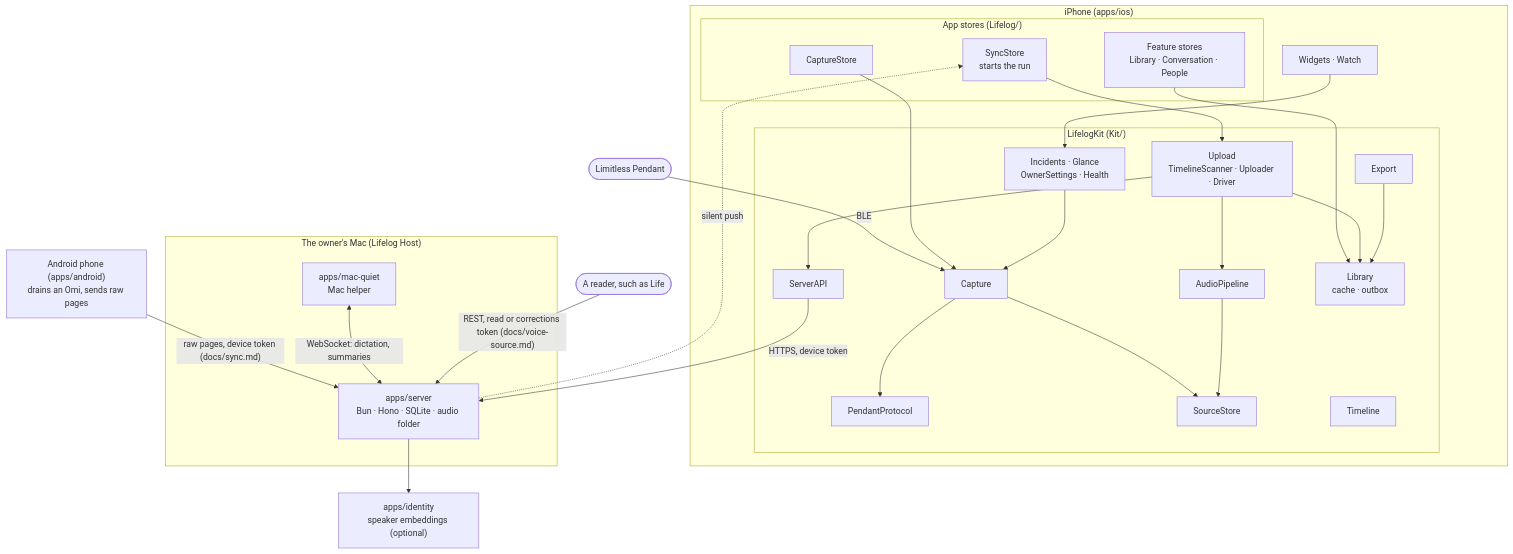
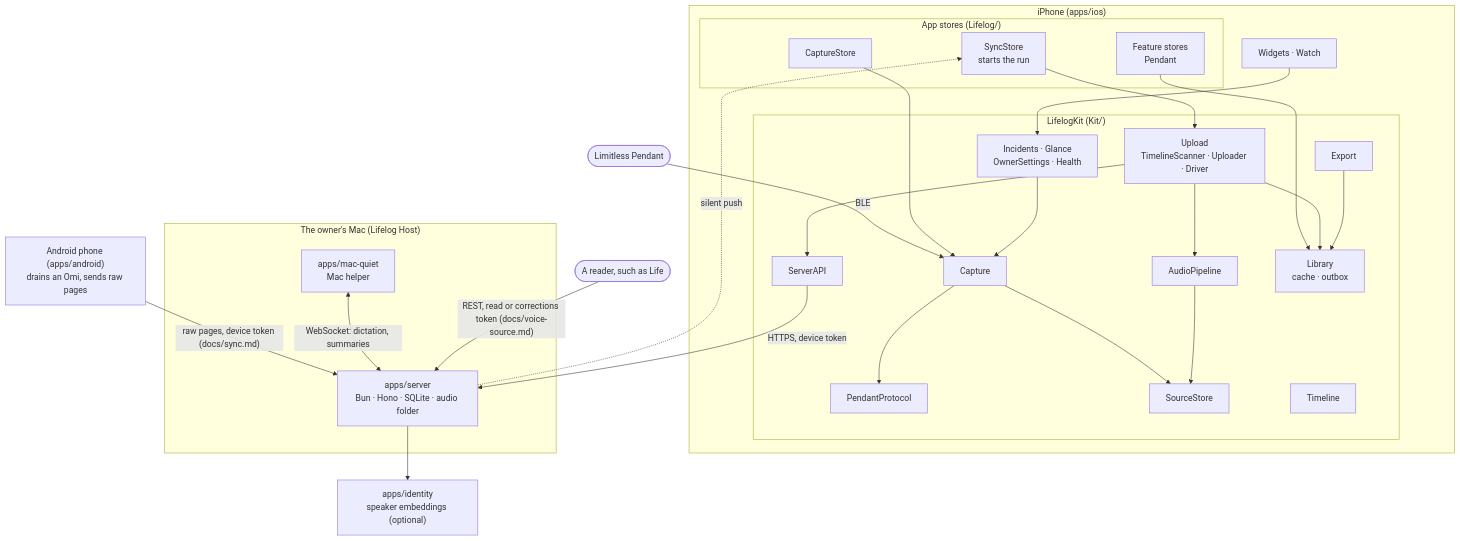
Before and after one commit to eric-edouard/life: the diagram in apps/lifelog/docs/architecture.md, drawn with Mermaid. The commit also changed other lines of this file and 91 other files, not shown here.

Commit message:
The cuts and the look: Life's brand on the phone, email and Mac; the pendant press, library, conversation, people, spending and subscription screens cut; one-tab shell

````diff
--- a/apps/lifelog/docs/architecture.md
+++ b/apps/lifelog/docs/architecture.md
@@ -8,53 +8,53 @@
 ```mermaid
 flowchart TB
   Pendant(["Limitless Pendant"])
 
   subgraph phone["iPhone (apps/ios)"]
     subgraph app["App stores (Lifelog/)"]
       CaptureStore
       SyncStore["SyncStore<br/>starts the run"]
-      Screens["Feature stores<br/>Library · Conversation · People"]
+      Screens["Feature stores<br/>Pendant"]
     end
     subgraph kit["LifelogKit (Kit/)"]
       Capture
       PendantProtocol
       SourceStore
       AudioPipeline
       Upload["Upload<br/>TimelineScanner · Uploader · Driver"]
       ServerAPI
       Library["Library<br/>cache · outbox"]
       Export
       Timeline
       Facts["Incidents · Glance<br/>OwnerSettings · Health"]
     end
     Glances["Widgets · Watch"]
   end
 
   subgraph host["The owner's Mac (Lifelog Host)"]
     Server["apps/server<br/>Bun · Hono · SQLite · audio folder"]
     Mac["apps/mac-quiet<br/>Mac helper"]
   end
   Identity["apps/identity<br/>speaker embeddings (optional)"]
   Android["Android phone (apps/android)<br/>drains an Omi, sends raw pages"]
   Life(["A reader, such as Life"])
 
   Pendant -- BLE --> Capture
   CaptureStore --> Capture
   Capture --> PendantProtocol
   Capture --> SourceStore
   SyncStore --> Upload
   Screens --> Library
   Upload --> Library
   Upload --> ServerAPI
   Upload --> AudioPipeline
   AudioPipeline --> SourceStore
   Export --> Library
   Facts --> Capture
   Glances --> Facts
   ServerAPI -- "HTTPS, device token" --> Server
   Android -- "raw pages, device token (docs/sync.md)" --> Server
   Server -. "silent push" .-> SyncStore
   Server --> Identity
   Mac <-->|"WebSocket: dictation, summaries"| Server
   Life -- "REST, read or corrections token (docs/voice-source.md)" --> Server
 ```
````
